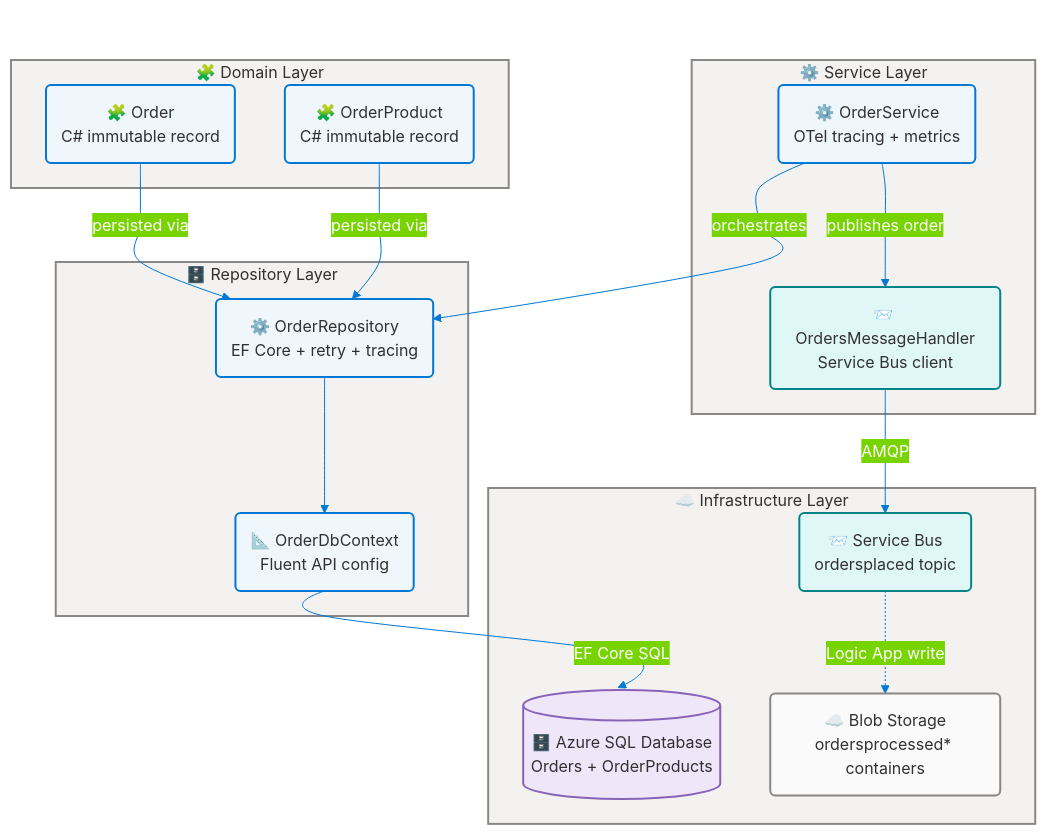
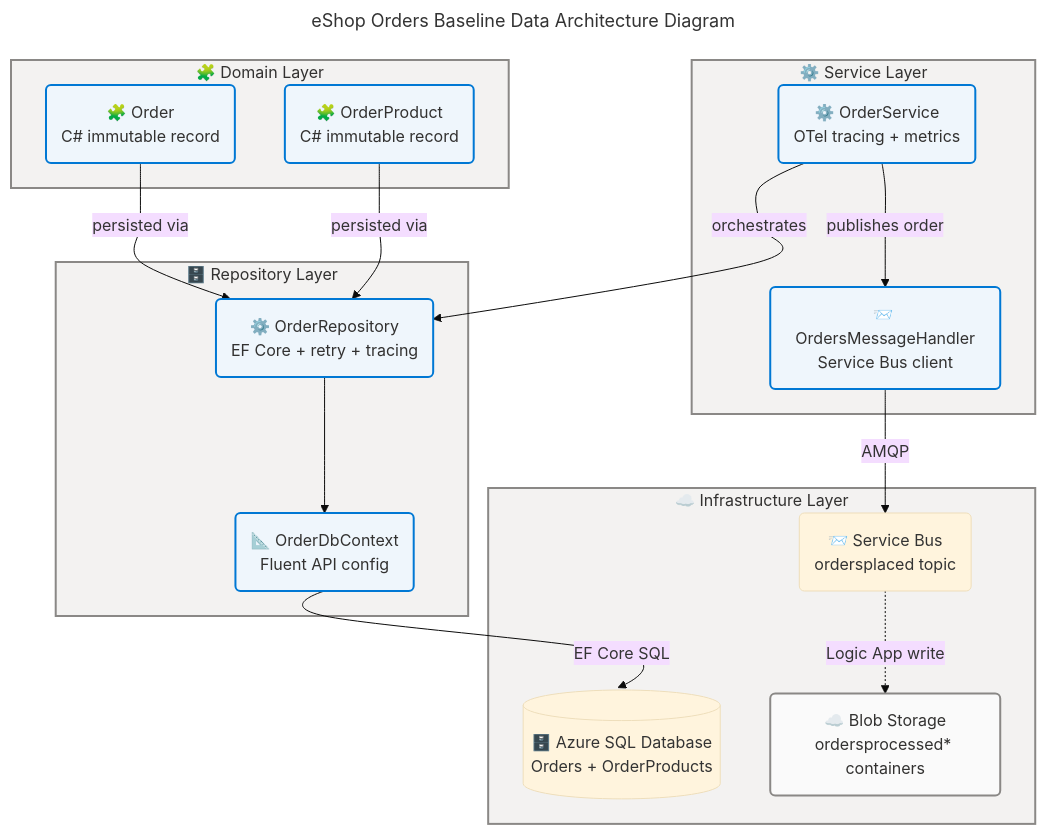
The fourth of 7 diagrams in docs/architecture/data-architecture.md (Evilazaro/Azure-LogicApps-Monitoring), drawn with Mermaid before and after one commit. The commit also changed other lines of this file, not shown here.

Commit message:
style: Refactor theme variables and update class definitions in diagrams for consistency

````diff
--- a/docs/architecture/data-architecture.md
+++ b/docs/architecture/data-architecture.md
@@ -386,72 +372,66 @@
 ```mermaid
 ---
 title: eShop Orders Baseline Data Architecture Diagram
 config:
   theme: base
   look: classic
   layout: dagre
   themeVariables:
     fontSize: '16px'
-    primaryColor: '#0078D4'
-    primaryBorderColor: '#106EBE'
-    primaryTextColor: '#FFFFFF'
-    lineColor: '#0078D4'
   flowchart:
     htmlLabels: true
     curve: cardinal
 ---
 flowchart TB
     accTitle: eShop Orders Baseline Data Architecture Diagram
     accDescr: Four-layer baseline architecture showing the Domain Layer with Order and OrderProduct records, the Repository Layer with OrderRepository and OrderDbContext, the Service Layer with OrderService and OrdersMessageHandler, and the Infrastructure Layer with Azure SQL Database, Service Bus, and Blob Storage.
 
     %% ═══════════════════════════════════════════════════════════════════════════
     %% AZURE / FLUENT ARCHITECTURE PATTERN v1.1
     %% (Semantic + Structural + Font + Accessibility Governance)
     %% ═══════════════════════════════════════════════════════════════════════════
     %% PHASE 1 - FLUENT UI: All styling uses approved Fluent UI palette only
     %% PHASE 2 - GROUPS: Every subgraph has semantic color via style directive
     %% PHASE 3 - COMPONENTS: Every node has semantic classDef + icon prefix
     %% PHASE 4 - ACCESSIBILITY: accTitle/accDescr present, WCAG AA contrast
     %% PHASE 5 - STANDARD: Governance block present, classDefs centralized
     %% ═══════════════════════════════════════════════════════════════════════════
 
     subgraph DomainLayer["🧩 Domain Layer"]
         OM("🧩 Order<br>C# immutable record"):::core
         OPM("🧩 OrderProduct<br>C# immutable record"):::core
     end
 
     subgraph RepoLayer["🗄️ Repository Layer"]
         OR("⚙️ OrderRepository<br>EF Core + retry + tracing"):::core
         ODB("📐 OrderDbContext<br>Fluent API config"):::core
     end
 
     subgraph ServiceLayer["⚙️ Service Layer"]
         OS("⚙️ OrderService<br>OTel tracing + metrics"):::core
-        MH("📨 OrdersMessageHandler<br>Service Bus client"):::external
+        MH("📨 OrdersMessageHandler<br>Service Bus client"):::core
     end
 
     subgraph InfraLayer["☁️ Infrastructure Layer"]
         SQL[("🗄️ Azure SQL Database<br>Orders + OrderProducts")]:::data
         SB("📨 Service Bus<br>ordersplaced topic"):::external
         BLOBS("☁️ Blob Storage<br>ordersprocessed* containers"):::neutral
     end
 
     OM -->|"persisted via"| OR
     OPM -->|"persisted via"| OR
     OR --> ODB
     ODB -->|"EF Core SQL"| SQL
     OS -->|"orchestrates"| OR
     OS -->|"publishes order"| MH
     MH -->|"AMQP"| SB
     SB -.->|"Logic App write"| BLOBS
 
     style DomainLayer fill:#F3F2F1,stroke:#8A8886,stroke-width:2px,color:#323130
     style RepoLayer fill:#F3F2F1,stroke:#8A8886,stroke-width:2px,color:#323130
     style ServiceLayer fill:#F3F2F1,stroke:#8A8886,stroke-width:2px,color:#323130
     style InfraLayer fill:#F3F2F1,stroke:#8A8886,stroke-width:2px,color:#323130
 
     classDef neutral fill:#FAFAFA,stroke:#8A8886,stroke-width:2px,color:#323130
     classDef core fill:#EFF6FC,stroke:#0078D4,stroke-width:2px,color:#323130
-    classDef data fill:#F0E6FA,stroke:#8764B8,stroke-width:2px,color:#323130
-    classDef external fill:#E0F7F7,stroke:#038387,stroke-width:2px,color:#323130
 ```
````
